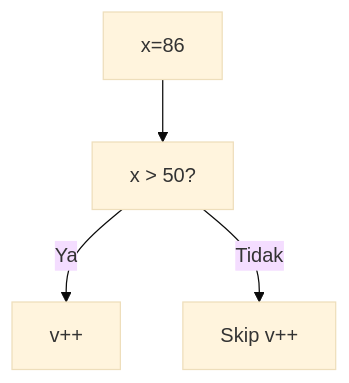
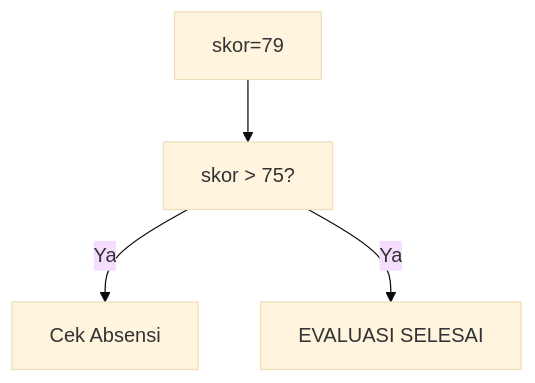
One commit to amnahwaida/OSNK_INF_PREP changed the sixth of 25 diagrams in part-c-pemahaman-cpp/02-percabangan/latihan/set-01.md. Above: the diagram before and after it, drawn with Mermaid (base theme). The commit also changed other lines of this file and 71 other files, not shown here.

````diff
--- a/part-c-pemahaman-cpp/02-percabangan/latihan/set-01.md
+++ b/part-c-pemahaman-cpp/02-percabangan/latihan/set-01.md
@@ -162,6 +170,6 @@
 ```mermaid
 graph TD
-A["x=86"] --> B["x > 50?"]
-B -- Ya --> C["v++"]
-B -- Tidak --> D["Skip v++"]
+A["skor=79"] --> B["skor > 75?"]
+B -- Ya --> C["Cek Absensi"]
+B -- Ya --> D["EVALUASI SELESAI"]
 ```
````
